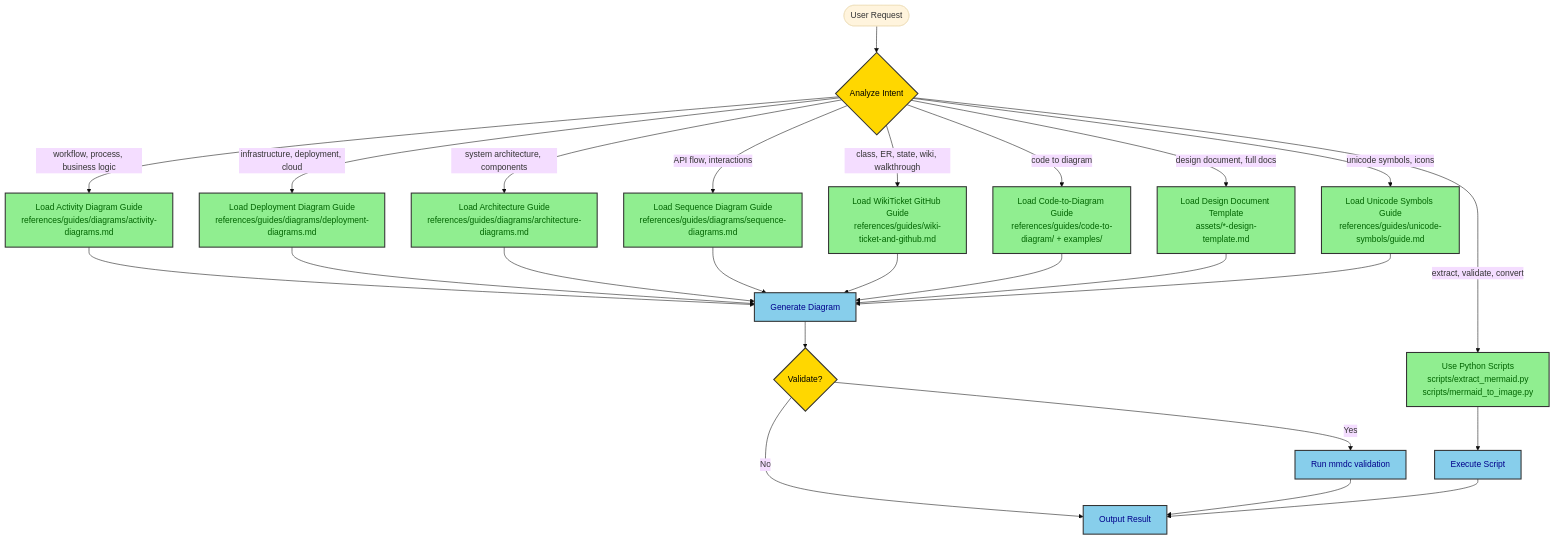
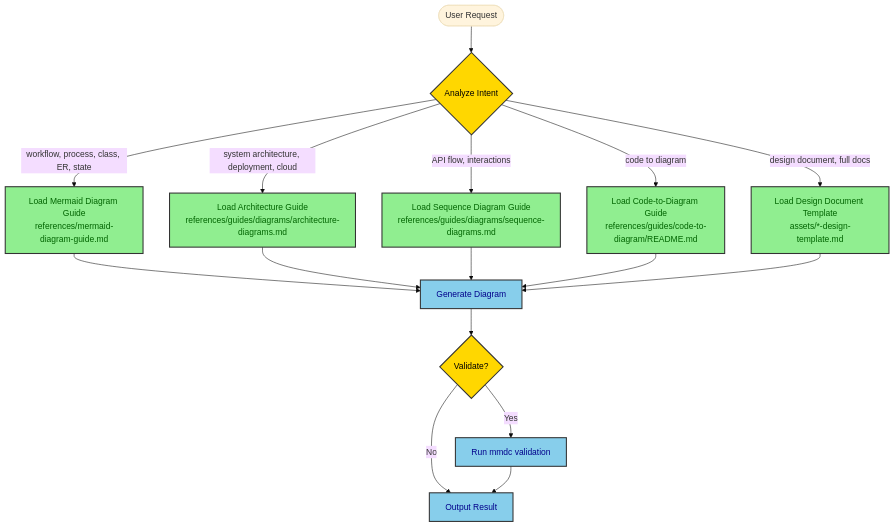
One commit to NSpencer4/common-scripts changed the first of 6 diagrams in skills/design-doc-mermaid/SKILL.md. Above: the diagram before and after it, drawn with Mermaid (base theme). The commit also changed other lines of this file and 11 other files, not shown here.

````diff
--- a/skills/design-doc-mermaid/SKILL.md
+++ b/skills/design-doc-mermaid/SKILL.md
@@ -46,38 +43,29 @@
 ```mermaid
 flowchart TD
     Start([User Request]) --> Analyze{Analyze Intent}
 
-    Analyze -->|"workflow, process, business logic"| Activity[Load Activity Diagram Guide<br/>references/guides/diagrams/activity-diagrams.md]
-    Analyze -->|"infrastructure, deployment, cloud"| Deploy[Load Deployment Diagram Guide<br/>references/guides/diagrams/deployment-diagrams.md]
-    Analyze -->|"system architecture, components"| Arch[Load Architecture Guide<br/>references/guides/diagrams/architecture-diagrams.md]
+    Analyze -->|"workflow, process, class, ER, state"| General[Load Mermaid Diagram Guide<br/>references/mermaid-diagram-guide.md]
+    Analyze -->|"system architecture, deployment, cloud"| Arch[Load Architecture Guide<br/>references/guides/diagrams/architecture-diagrams.md]
     Analyze -->|"API flow, interactions"| Sequence[Load Sequence Diagram Guide<br/>references/guides/diagrams/sequence-diagrams.md]
-    Analyze -->|"class, ER, state, wiki, walkthrough"| WikiGuide[Load WikiTicket GitHub Guide<br/>references/guides/wiki-ticket-and-github.md]
-    Analyze -->|"code to diagram"| CodeToDiag[Load Code-to-Diagram Guide<br/>references/guides/code-to-diagram/ + examples/]
+    Analyze -->|"code to diagram"| CodeToDiag[Load Code-to-Diagram Guide<br/>references/guides/code-to-diagram/README.md]
     Analyze -->|"design document, full docs"| DesignDoc[Load Design Document Template<br/>assets/*-design-template.md]
-    Analyze -->|"unicode symbols, icons"| Unicode[Load Unicode Symbols Guide<br/>references/guides/unicode-symbols/guide.md]
-    Analyze -->|"extract, validate, convert"| Scripts[Use Python Scripts<br/>scripts/extract_mermaid.py<br/>scripts/mermaid_to_image.py]
 
-    Activity --> Generate[Generate Diagram]
-    Deploy --> Generate
+    General --> Generate[Generate Diagram]
     Arch --> Generate
     Sequence --> Generate
-    WikiGuide --> Generate
     CodeToDiag --> Generate
     DesignDoc --> Generate
-    Unicode --> Generate
-    Scripts --> Execute[Execute Script]
 
     Generate --> Validate{Validate?}
     Validate -->|Yes| RunValidation[Run mmdc validation]
     Validate -->|No| Output
     RunValidation --> Output[Output Result]
-    Execute --> Output
 
     classDef decision fill:#FFD700,stroke:#333,stroke-width:2px,color:black
     classDef guide fill:#90EE90,stroke:#333,stroke-width:2px,color:darkgreen
     classDef action fill:#87CEEB,stroke:#333,stroke-width:2px,color:darkblue
 
     class Analyze,Validate decision
-    class Activity,Deploy,Arch,Sequence,WikiGuide,CodeToDiag,DesignDoc,Unicode,Scripts guide
-    class Generate,Execute,RunValidation,Output action
+    class General,Arch,Sequence,CodeToDiag,DesignDoc guide
+    class Generate,RunValidation,Output action
 ```
````
